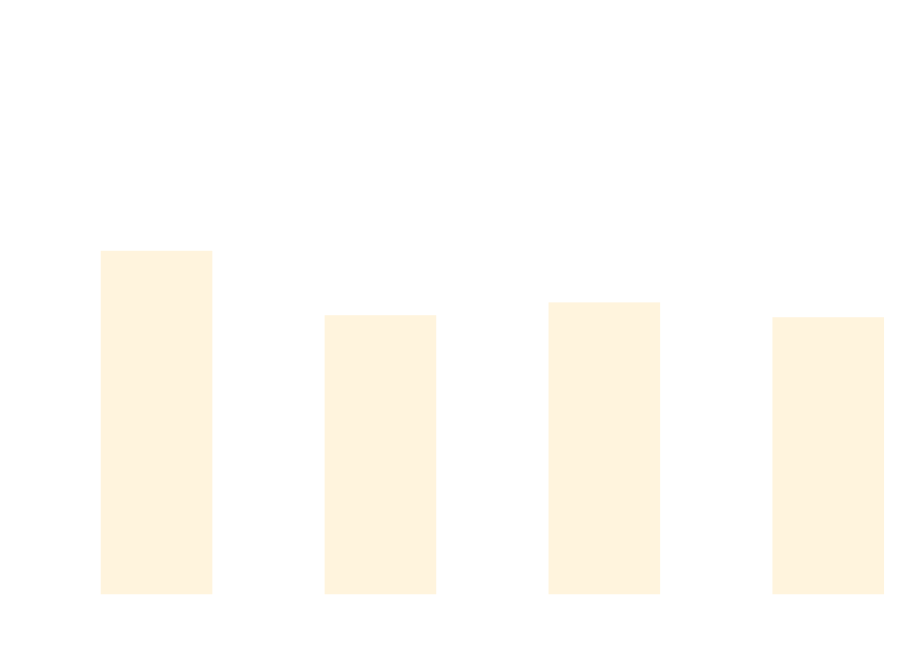
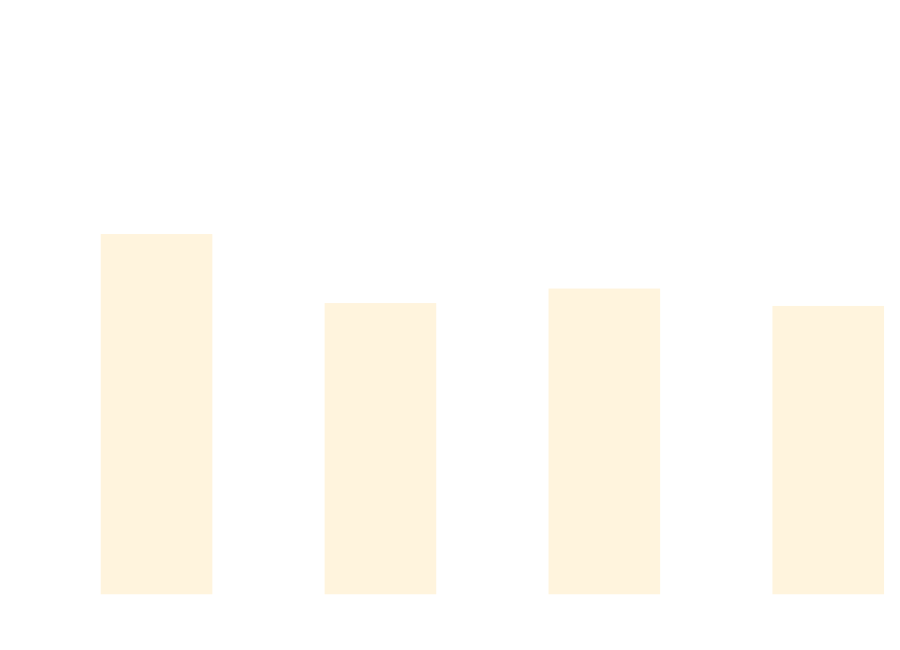
One commit to thomhurst/TUnit changed the diagram in docs/docs/benchmarks/BuildTime.md. Above: the diagram before and after it, drawn with Mermaid. The commit also changed other lines of this file and 17 other files, not shown here.

````diff
--- a/docs/docs/benchmarks/BuildTime.md
+++ b/docs/docs/benchmarks/BuildTime.md
@@ -28,37 +28,37 @@
 ```mermaid
 %%{init: {
   'theme':'base',
   'themeVariables': {
     'primaryColor': '#2563eb',
     'primaryTextColor': '#ffffff',
     'primaryBorderColor': '#1e40af',
     'lineColor': '#6b7280',
     'secondaryColor': '#7c3aed',
     'tertiaryColor': '#dc2626',
     'background': '#ffffff',
     'mainBkg': '#2563eb',
     'secondBkg': '#7c3aed',
     'tertiaryBkg': '#dc2626',
     'clusterBkg': '#f3f4f6',
     'edgeLabelBackground': '#ffffff',
     'tertiaryTextColor': '#1f2937',
     'pie1': '#2563eb',
     'pie2': '#7c3aed',
     'pie3': '#dc2626',
     'pie4': '#f59e0b',
     'pie5': '#10b981',
     'pie6': '#06b6d4',
     'pie7': '#ec4899',
     'pie8': '#6366f1',
     'pie9': '#84cc16',
     'pie10': '#f97316',
     'pie11': '#14b8a6',
     'pie12': '#a855f7'
   }
 }}%%
 xychart-beta
   title "Build Time Comparison"
   x-axis ["Build_TUnit", "Build_NUnit", "Build_MSTest", "Build_xUnit3"]
   y-axis "Time (s)" 0 --> 3
-  bar [1.974, 1.592, 1.668, 1.58]
+  bar [2.073, 1.664, 1.75, 1.647]
 ```
````
